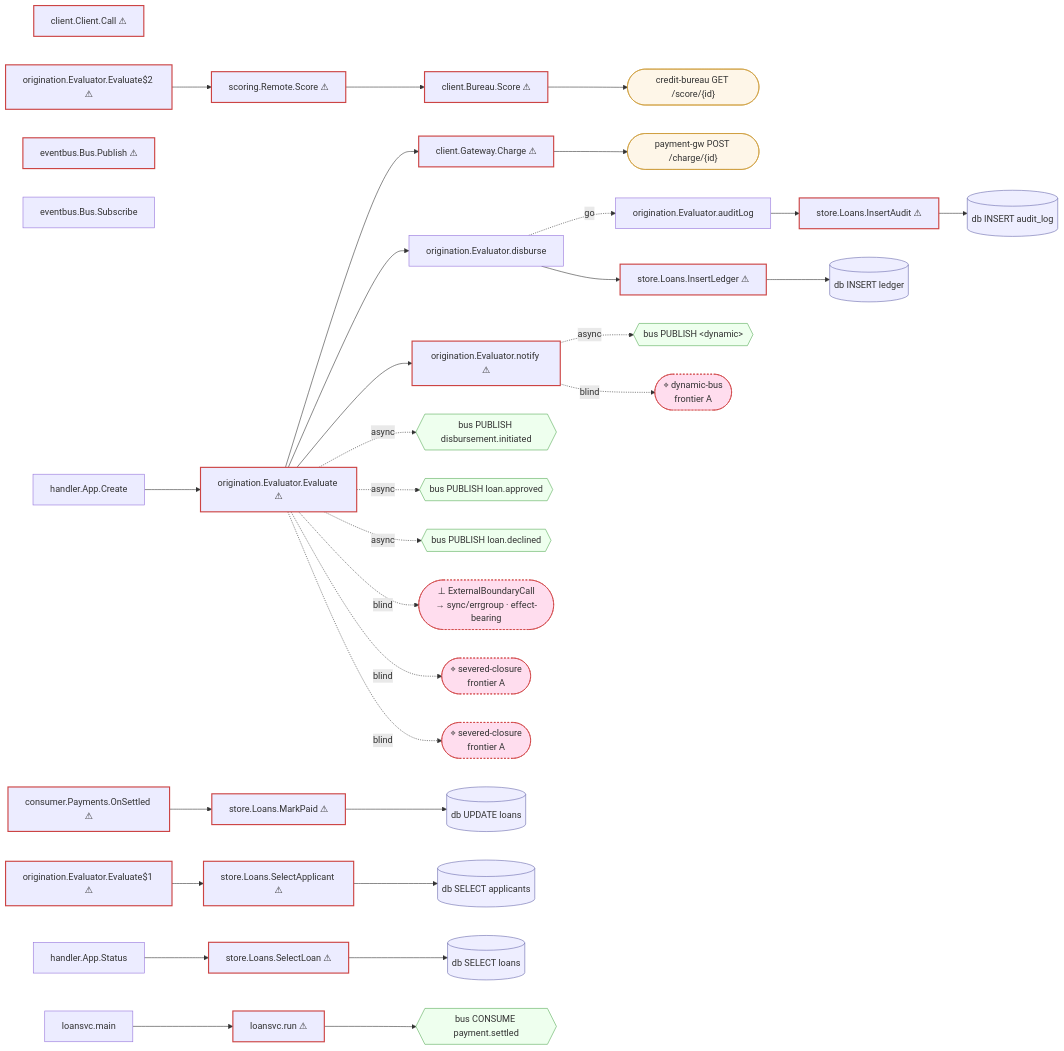
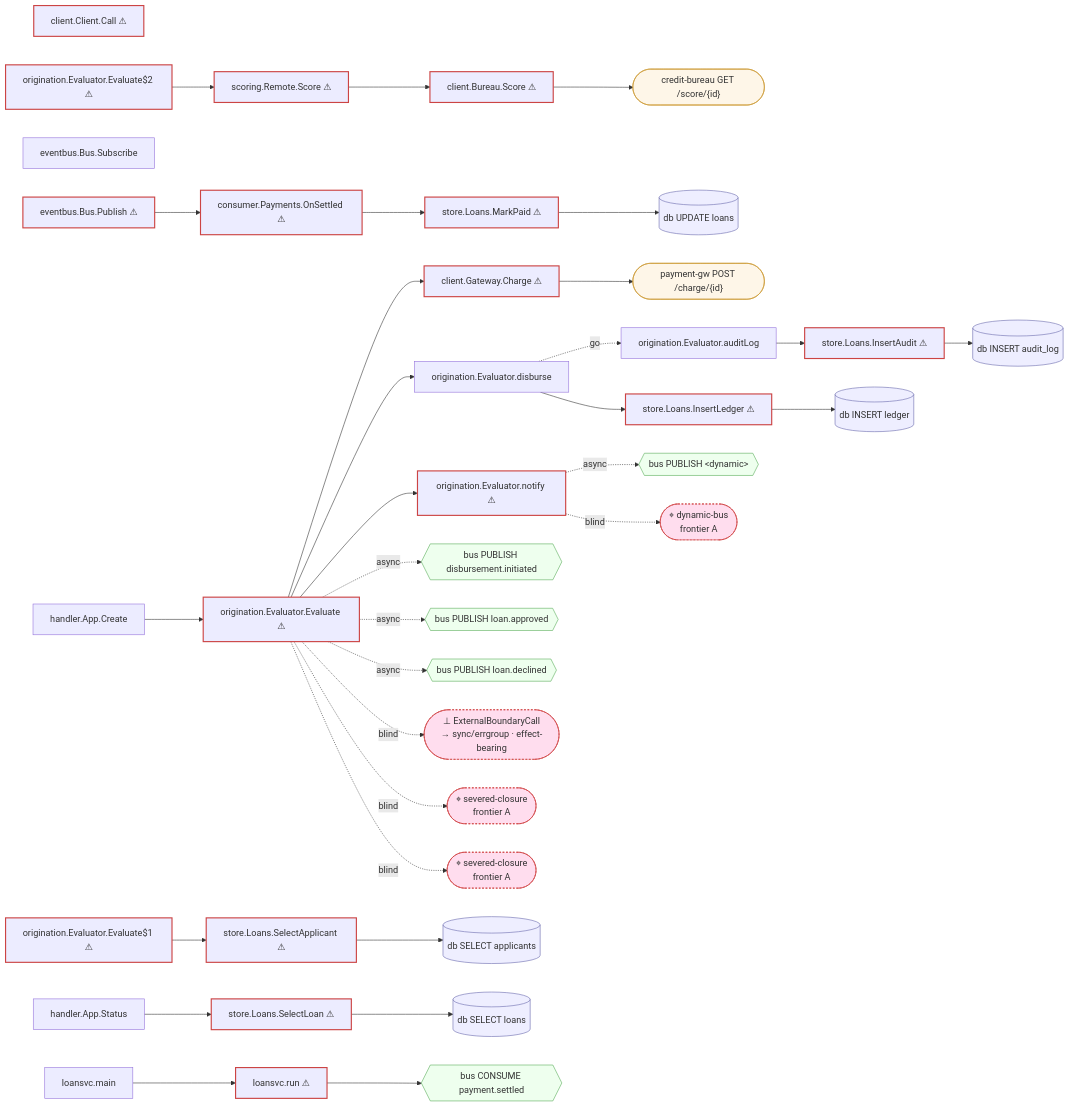
Before and after one commit to jyang234/golang-code-graph: the diagram in testdata/groundwork/goldens/loansvc.callgraph.md, drawn with Mermaid. The commit also changed 11 other files, not shown here.

````diff
--- a/testdata/groundwork/goldens/loansvc.callgraph.md
+++ b/testdata/groundwork/goldens/loansvc.callgraph.md
@@ -1,77 +1,78 @@
 ```mermaid
 flowchart LR
     %% static call graph — scope: whole graph; algo: rta
-    %% 17 first-party nodes above tier 2 hidden as plumbing; pass --show-plumbing to include
+    %% 18 first-party nodes above tier 2 hidden as plumbing; pass --show-plumbing to include
     client_Bureau_Score["client.Bureau.Score ⚠"]:::fallible
     client_Client_Call["client.Client.Call ⚠"]:::fallible
     client_Gateway_Charge["client.Gateway.Charge ⚠"]:::fallible
     consumer_Payments_OnSettled["consumer.Payments.OnSettled ⚠"]:::fallible
     eventbus_Bus_Publish["eventbus.Bus.Publish ⚠"]:::fallible
     eventbus_Bus_Subscribe["eventbus.Bus.Subscribe"]
     handler_App_Create["handler.App.Create"]
     handler_App_Status["handler.App.Status"]
     origination_Evaluator_Evaluate["origination.Evaluator.Evaluate ⚠"]:::fallible
     origination_Evaluator_Evaluate_1["origination.Evaluator.Evaluate$1 ⚠"]:::fallible
     origination_Evaluator_Evaluate_2["origination.Evaluator.Evaluate$2 ⚠"]:::fallible
     origination_Evaluator_auditLog["origination.Evaluator.auditLog"]
     origination_Evaluator_disburse["origination.Evaluator.disburse"]
     origination_Evaluator_notify["origination.Evaluator.notify ⚠"]:::fallible
     scoring_Remote_Score["scoring.Remote.Score ⚠"]:::fallible
     store_Loans_InsertAudit["store.Loans.InsertAudit ⚠"]:::fallible
     store_Loans_InsertLedger["store.Loans.InsertLedger ⚠"]:::fallible
     store_Loans_MarkPaid["store.Loans.MarkPaid ⚠"]:::fallible
     store_Loans_SelectApplicant["store.Loans.SelectApplicant ⚠"]:::fallible
     store_Loans_SelectLoan["store.Loans.SelectLoan ⚠"]:::fallible
     loansvc_main["loansvc.main"]
     loansvc_run["loansvc.run ⚠"]:::fallible
     external_credit_bureau_GET__score__id_(["credit-bureau GET /score/{id}"]):::external
     external_payment_gw_POST__charge__id_(["payment-gw POST /charge/{id}"]):::external
     bus_bus_PUBLISH_disbursement_initiated{{"bus PUBLISH disbursement.initiated"}}:::bus
     bus_bus_PUBLISH_loan_approved{{"bus PUBLISH loan.approved"}}:::bus
     bus_bus_PUBLISH_loan_declined{{"bus PUBLISH loan.declined"}}:::bus
     bus_bus_PUBLISH__dynamic_{{"bus PUBLISH &lt;dynamic&gt;"}}:::bus
     db_db_INSERT_audit_log[("db INSERT audit_log")]:::db
     db_db_INSERT_ledger[("db INSERT ledger")]:::db
     db_db_UPDATE_loans[("db UPDATE loans")]:::db
     db_db_SELECT_applicants[("db SELECT applicants")]:::db
     db_db_SELECT_loans[("db SELECT loans")]:::db
     bus_bus_CONSUME_payment_settled{{"bus CONSUME payment.settled"}}:::bus
     blind_ExternalBoundaryCall(["⊥ ExternalBoundaryCall<br/>→ sync/errgroup · effect-bearing"]):::blind
     frontier_dynamic_bus(["⌖ dynamic-bus<br/>frontier A"]):::blind
     frontier_severed_closure(["⌖ severed-closure<br/>frontier A"]):::blind
     frontier_severed_closure1(["⌖ severed-closure<br/>frontier A"]):::blind
     client_Bureau_Score --> external_credit_bureau_GET__score__id_
     client_Gateway_Charge --> external_payment_gw_POST__charge__id_
     consumer_Payments_OnSettled --> store_Loans_MarkPaid
+    eventbus_Bus_Publish --> consumer_Payments_OnSettled
     handler_App_Create --> origination_Evaluator_Evaluate
     handler_App_Status --> store_Loans_SelectLoan
     origination_Evaluator_Evaluate --> client_Gateway_Charge
     origination_Evaluator_Evaluate --> origination_Evaluator_disburse
     origination_Evaluator_Evaluate --> origination_Evaluator_notify
     origination_Evaluator_Evaluate -. async .-> bus_bus_PUBLISH_disbursement_initiated
     origination_Evaluator_Evaluate -. async .-> bus_bus_PUBLISH_loan_approved
     origination_Evaluator_Evaluate -. async .-> bus_bus_PUBLISH_loan_declined
     origination_Evaluator_Evaluate_1 --> store_Loans_SelectApplicant
     origination_Evaluator_Evaluate_2 --> scoring_Remote_Score
     origination_Evaluator_auditLog --> store_Loans_InsertAudit
     origination_Evaluator_disburse -. go .-> origination_Evaluator_auditLog
     origination_Evaluator_disburse --> store_Loans_InsertLedger
     origination_Evaluator_notify -. async .-> bus_bus_PUBLISH__dynamic_
     scoring_Remote_Score --> client_Bureau_Score
     store_Loans_InsertAudit --> db_db_INSERT_audit_log
     store_Loans_InsertLedger --> db_db_INSERT_ledger
     store_Loans_MarkPaid --> db_db_UPDATE_loans
     store_Loans_SelectApplicant --> db_db_SELECT_applicants
     store_Loans_SelectLoan --> db_db_SELECT_loans
     loansvc_main --> loansvc_run
     loansvc_run --> bus_bus_CONSUME_payment_settled
     origination_Evaluator_Evaluate -. blind .-> blind_ExternalBoundaryCall
     origination_Evaluator_notify -. blind .-> frontier_dynamic_bus
     origination_Evaluator_Evaluate -. blind .-> frontier_severed_closure
     origination_Evaluator_Evaluate -. blind .-> frontier_severed_closure1
     classDef fallible stroke:#c44,stroke-width:2px
     classDef db fill:#eef,stroke:#66a
     classDef bus fill:#efe,stroke:#5a5
     classDef external fill:#fef6e8,stroke:#c93
     classDef blind fill:#fde,stroke:#c33,stroke-dasharray:3 3
 ```
````
